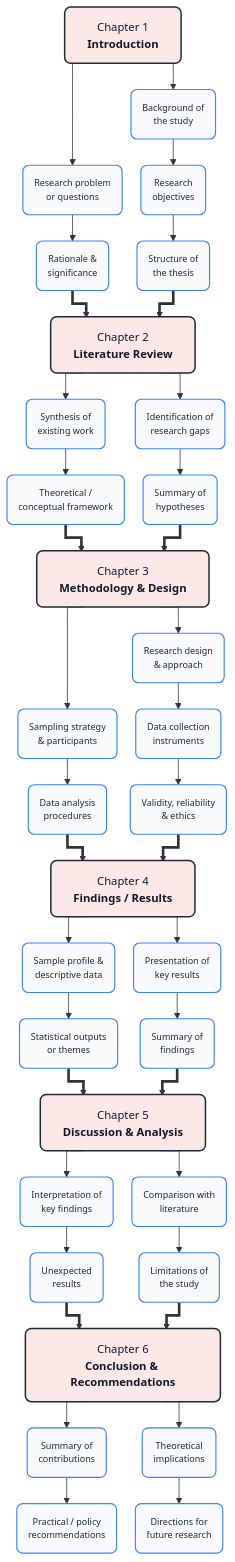
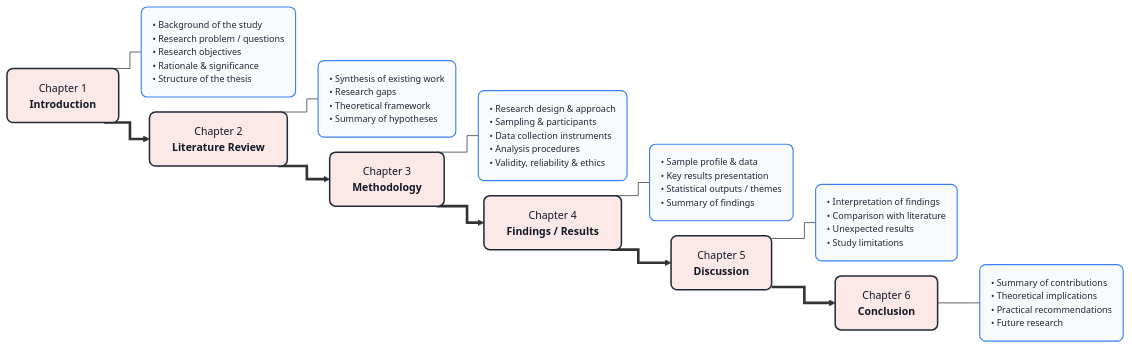
Before and after one commit to Merceline10/My-First_Ever: the diagram in Research Design V2.md, drawn with Mermaid. The commit also changed other lines of this file, not shown here.

Commit message:
Research guide structure and flowchart

````diff
--- a/Research Design V2.md
+++ b/Research Design V2.md
@@ -4,84 +1,33 @@
 ```mermaid
-%%{init: {'flowchart': {'curve': 'stepAfter', 'nodeSpacing': 25, 'rankSpacing': 35}}}%%
-flowchart TD
-    %% Styling
-    classDef chapterBox fill:#fde8e8,stroke:#1f2937,stroke-width:2px,rx:8,ry:8,color:#111827,font-size:15px
-    classDef subBox fill:#f8fafc,stroke:#3b82f6,stroke-width:1.5px,rx:8,ry:8,color:#1f2937,font-size:12px
+%%{init: {'flowchart': {'curve': 'stepAfter', 'nodeSpacing': 20, 'rankSpacing': 30}}}%%
+flowchart LR
+    classDef chapterBox fill:#fde8e8,stroke:#1f2937,stroke-width:2px,rx:8,ry:8,color:#111827,font-size:14px
+    classDef subBox fill:#f8fafc,stroke:#3b82f6,stroke-width:1.5px,rx:8,ry:8,color:#1f2937,font-size:12px,text-align:left
 
-    %% ================= CHAPTER 1 =================
     Ch1["<span style='color:#dc2626;font-weight:bold'>Chapter 1</span><br/><b>Introduction</b>"]:::chapterBox
-    C1_1("Background of<br/>the study"):::subBox
-    C1_2("Research problem<br/>or questions"):::subBox
-    C1_3("Research<br/>objectives"):::subBox
-    C1_4("Rationale &<br/>significance"):::subBox
-    C1_5("Structure of<br/>the thesis"):::subBox
+    S1("• Background of the study<br/>• Research problem / questions<br/>• Research objectives<br/>• Rationale & significance<br/>• Structure of the thesis"):::subBox
 
-    Ch1 --> C1_1 & C1_2
-    C1_1 --> C1_3
-    C1_2 --> C1_4
-    C1_3 --> C1_5
+    Ch2["<span style='color:#dc2626;font-weight:bold'>Chapter 2</span><br/><b>Literature Review</b>"]:::chapterBox
+    S2("• Synthesis of existing work<br/>• Research gaps<br/>• Theoretical framework<br/>• Summary of hypotheses"):::subBox
 
-    %% ================= CHAPTER 2 =================
-    Ch2["<span style='color:#dc2626;font-weight:bold'>Chapter 2</span><br/><b>Literature Review</b>"]:::chapterBox
-    C2_1("Synthesis of<br/>existing work"):::subBox
-    C2_2("Identification of<br/>research gaps"):::subBox
-    C2_3("Theoretical /<br/>conceptual framework"):::subBox
-    C2_4("Summary of<br/>hypotheses"):::subBox
+    Ch3["<span style='color:#dc2626;font-weight:bold'>Chapter 3</span><br/><b>Methodology</b>"]:::chapterBox
+    S3("• Research design & approach<br/>• Sampling & participants<br/>• Data collection instruments<br/>• Analysis procedures<br/>• Validity, reliability & ethics"):::subBox
 
-    Ch2 --> C2_1 & C2_2
-    C2_1 --> C2_3
-    C2_2 --> C2_4
+    Ch4["<span style='color:#dc2626;font-weight:bold'>Chapter 4</span><br/><b>Findings / Results</b>"]:::chapterBox
+    S4("• Sample profile & data<br/>• Key results presentation<br/>• Statistical outputs / themes<br/>• Summary of findings"):::subBox
 
-    %% ================= CHAPTER 3 =================
-    Ch3["<span style='color:#dc2626;font-weight:bold'>Chapter 3</span><br/><b>Methodology & Design</b>"]:::chapterBox
-    C3_1("Research design<br/>& approach"):::subBox
-    C3_2("Sampling strategy<br/>& participants"):::subBox
-    C3_3("Data collection<br/>instruments"):::subBox
-    C3_4("Data analysis<br/>procedures"):::subBox
-    C3_5("Validity, reliability<br/>& ethics"):::subBox
+    Ch5["<span style='color:#dc2626;font-weight:bold'>Chapter 5</span><br/><b>Discussion</b>"]:::chapterBox
+    S5("• Interpretation of findings<br/>• Comparison with literature<br/>• Unexpected results<br/>• Study limitations"):::subBox
 
-    Ch3 --> C3_1 & C3_2
-    C3_1 --> C3_3
-    C3_2 --> C3_4
-    C3_3 --> C3_5
+    Ch6["<span style='color:#dc2626;font-weight:bold'>Chapter 6</span><br/><b>Conclusion</b>"]:::chapterBox
+    S6("• Summary of contributions<br/>• Theoretical implications<br/>• Practical recommendations<br/>• Future research"):::subBox
 
-    %% ================= CHAPTER 4 =================
-    Ch4["<span style='color:#dc2626;font-weight:bold'>Chapter 4</span><br/><b>Findings / Results</b>"]:::chapterBox
-    C4_1("Sample profile &<br/>descriptive data"):::subBox
-    C4_2("Presentation of<br/>key results"):::subBox
-    C4_3("Statistical outputs<br/>or themes"):::subBox
-    C4_4("Summary of<br/>findings"):::subBox
+    Ch1 --- S1
+    Ch2 --- S2
+    Ch3 --- S3
+    Ch4 --- S4
+    Ch5 --- S5
+    Ch6 --- S6
 
-    Ch4 --> C4_1 & C4_2
-    C4_1 --> C4_3
-    C4_2 --> C4_4
-
-    %% ================= CHAPTER 5 =================
-    Ch5["<span style='color:#dc2626;font-weight:bold'>Chapter 5</span><br/><b>Discussion & Analysis</b>"]:::chapterBox
-    C5_1("Interpretation of<br/>key findings"):::subBox
-    C5_2("Comparison with<br/>literature"):::subBox
-    C5_3("Unexpected<br/>results"):::subBox
-    C5_4("Limitations of<br/>the study"):::subBox
-
-    Ch5 --> C5_1 & C5_2
-    C5_1 --> C5_3
-    C5_2 --> C5_4
-
-    %% ================= CHAPTER 6 =================
-    Ch6["<span style='color:#dc2626;font-weight:bold'>Chapter 6</span><br/><b>Conclusion & Recommendations</b>"]:::chapterBox
-    C6_1("Summary of<br/>contributions"):::subBox
-    C6_2("Theoretical<br/>implications"):::subBox
-    C6_3("Practical / policy<br/>recommendations"):::subBox
-    C6_4("Directions for<br/>future research"):::subBox
-
-    Ch6 --> C6_1 & C6_2
-    C6_1 --> C6_3
-    C6_2 --> C6_4
-
-    %% ============ MAIN SPINE CONNECTIONS ============
-    C1_4 & C1_5 ==> Ch2
-    C2_3 & C2_4 ==> Ch3
-    C3_4 & C3_5 ==> Ch4
-    C4_3 & C4_4 ==> Ch5
-    C5_3 & C5_4 ==> Ch6
+    Ch1 ==> Ch2 ==> Ch3 ==> Ch4 ==> Ch5 ==> Ch6
 ```
````
